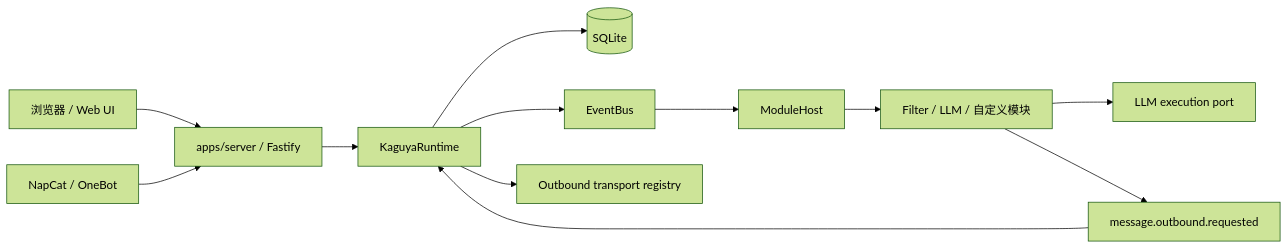
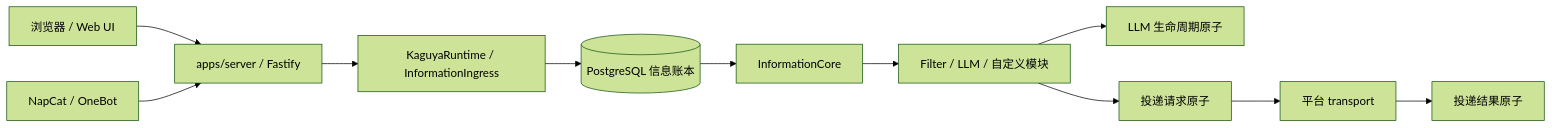
Before and after one commit to posanbu/Kaguya: the first of 2 diagrams in docs/developers/architecture.md, drawn with Mermaid (forest theme). The commit also changed other lines of this file and 13 other files, not shown here.

````diff
--- a/docs/developers/architecture.md
+++ b/docs/developers/architecture.md
@@ -12,14 +14,13 @@
 ```mermaid
 flowchart LR
   Browser[浏览器 / Web UI] --> Server[apps/server / Fastify]
   NapCat[NapCat / OneBot] --> Server
-  Server --> Runtime[KaguyaRuntime]
-  Runtime --> DB[(SQLite)]
-  Runtime --> Bus[EventBus]
-  Bus --> Host[ModuleHost]
-  Host --> Modules[Filter / LLM / 自定义模块]
-  Modules --> LLM[LLM execution port]
-  Modules --> Outbound[message.outbound.requested]
-  Outbound --> Runtime
-  Runtime --> Transport[Outbound transport registry]
+  Server --> Runtime[KaguyaRuntime / InformationIngress]
+  Runtime --> Ledger[(PostgreSQL 信息账本)]
+  Ledger --> Core[InformationCore]
+  Core --> Modules[Filter / LLM / 自定义模块]
+  Modules --> LLM[LLM 生命周期原子]
+  Modules --> Delivery[投递请求原子]
+  Delivery --> Transport[平台 transport]
+  Transport --> Receipt[投递结果原子]
 ```
````
